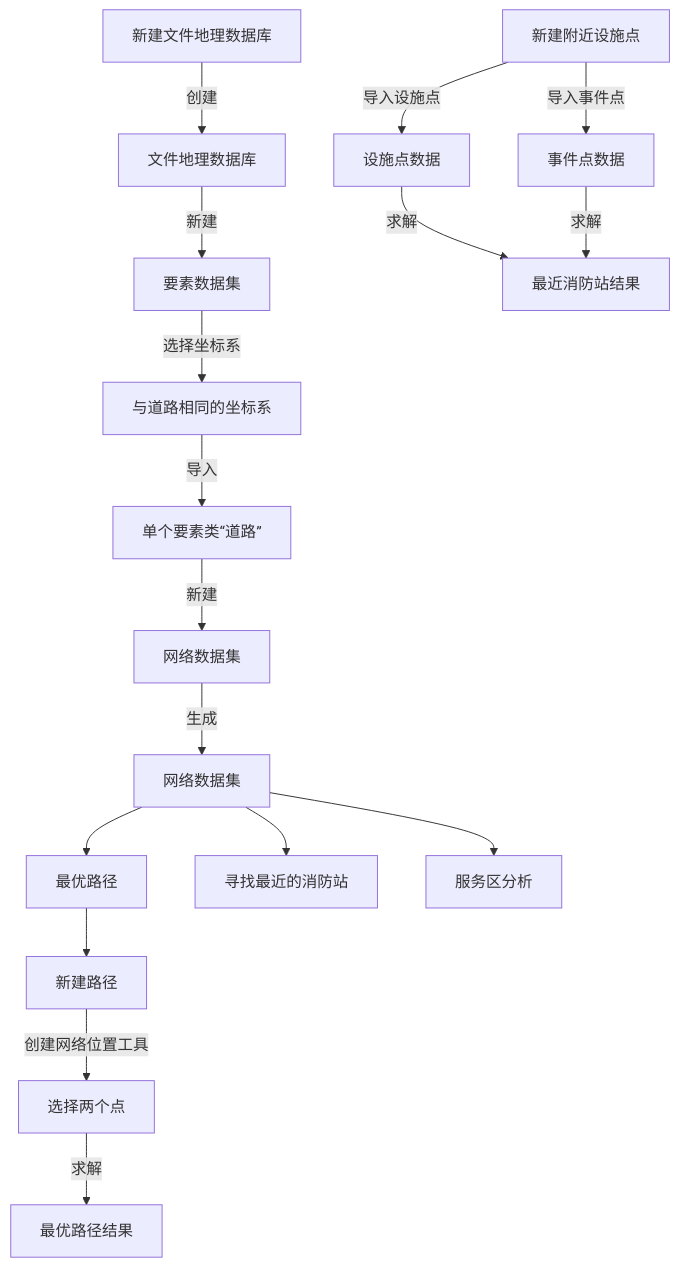
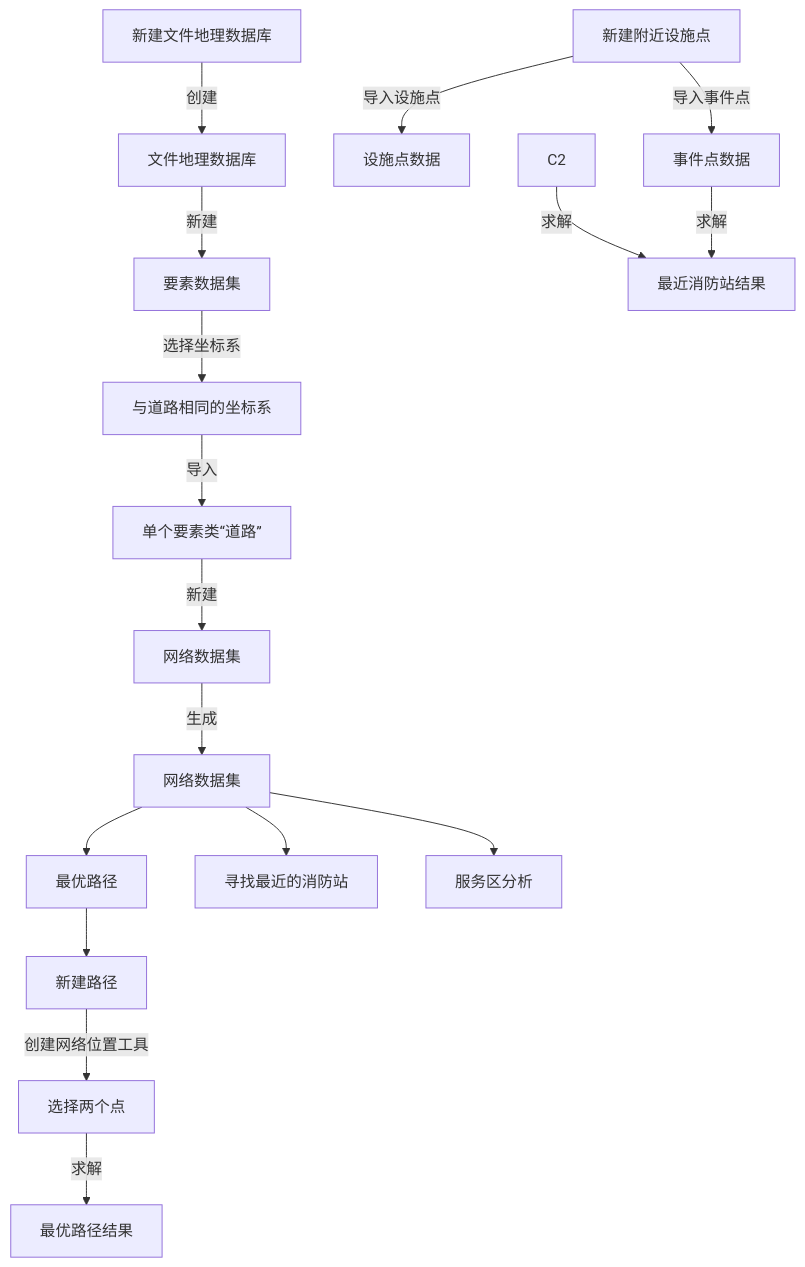
The diagram in all/未命名.md (newguser/iodraw-files), drawn with Mermaid before and after one commit.

Commit message:
2025-02-27 21:16:51 update

````diff
--- a/all/未命名.md
+++ b/all/未命名.md
@@ -1,19 +1,19 @@
 ```mermaid
 graph TD
     A[新建文件地理数据库] -->|创建| B[文件地理数据库]
     B -->|新建| C[要素数据集]
     C -->|选择坐标系| D[与道路相同的坐标系]
     D -->|导入| E[单个要素类“道路”]
     E -->|新建| F[网络数据集]
     F -->|生成| G[网络数据集]
     G[网络数据集] -->H[最优路径]
     G[网络数据集] -->I[寻找最近的消防站]
     G[网络数据集] -->J[服务区分析]
     H[最优路径]-->H1[新建路径]
     H1[新建路径] -->|创建网络位置工具| H2[选择两个点]
         H2 -->|求解| H3[最优路径结果]
-    C1[新建附近设施点] -->|导入设施点| C2[设施点数据]
-        C1 -->|导入事件点| C3[事件点数据]
+    I1[新建附近设施点] -->|导入设施点| I2[设施点数据]
+        I1 -->|导入事件点| C3[事件点数据]
         C2 -->|求解| C4[最近消防站结果]
         C3 -->|求解| C4
 ```
````
